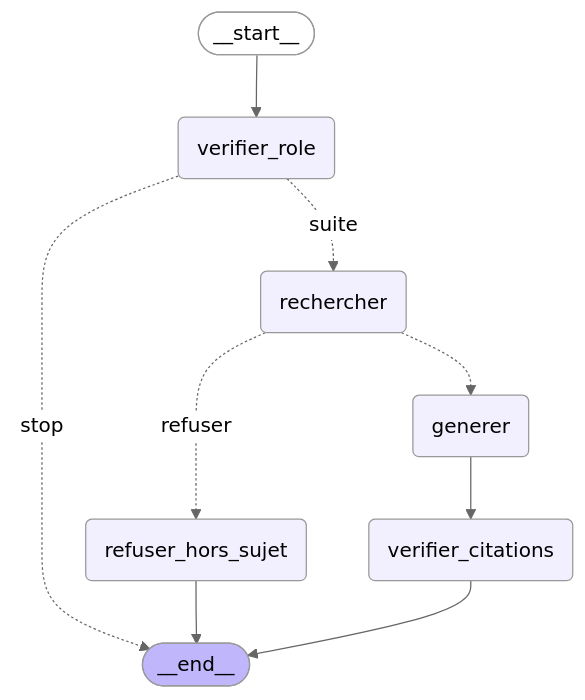
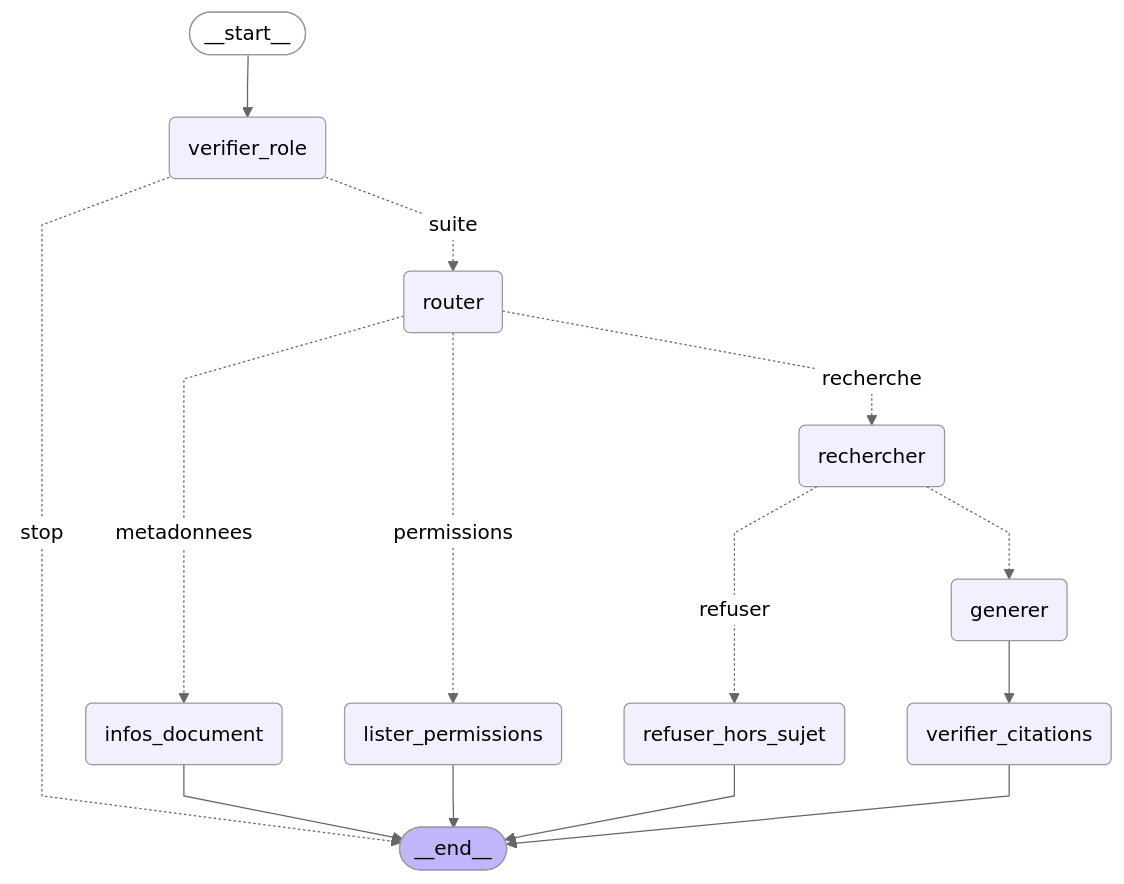
The second of 2 diagrams in docs/architecture.md (amen1920-hub/secure-enterprise-assistant), drawn with Mermaid (neutral theme) before and after one commit. The commit also changed 1 other file, not shown here.

Commit message:
Add tool routing, agent chat, retry for citations and threshold 0.50

````diff
--- a/docs/architecture.md
+++ b/docs/architecture.md
@@ -36,21 +36,34 @@
 ```mermaid
+---
+config:
+  flowchart:
+    curve: linear
+---
 graph TD;
         __start__([<p>__start__</p>]):::first
         verifier_role(verifier_role)
+        router(router)
+        lister_permissions(lister_permissions)
+        infos_document(infos_document)
         rechercher(rechercher)
         refuser_hors_sujet(refuser_hors_sujet)
         generer(generer)
         verifier_citations(verifier_citations)
         __end__([<p>__end__</p>]):::last
         __start__ --> verifier_role;
         generer --> verifier_citations;
         rechercher -.-> generer;
         rechercher -. &nbsp;refuser&nbsp; .-> refuser_hors_sujet;
+        router -. &nbsp;metadonnees&nbsp; .-> infos_document;
+        router -. &nbsp;permissions&nbsp; .-> lister_permissions;
+        router -. &nbsp;recherche&nbsp; .-> rechercher;
         verifier_role -. &nbsp;stop&nbsp; .-> __end__;
-        verifier_role -. &nbsp;suite&nbsp; .-> rechercher;
+        verifier_role -. &nbsp;suite&nbsp; .-> router;
+        infos_document --> __end__;
+        lister_permissions --> __end__;
         refuser_hors_sujet --> __end__;
         verifier_citations --> __end__;
         classDef default fill:#f2f0ff,line-height:1.2
         classDef first fill-opacity:0
         classDef last fill:#bfb6fc
 ```
````
